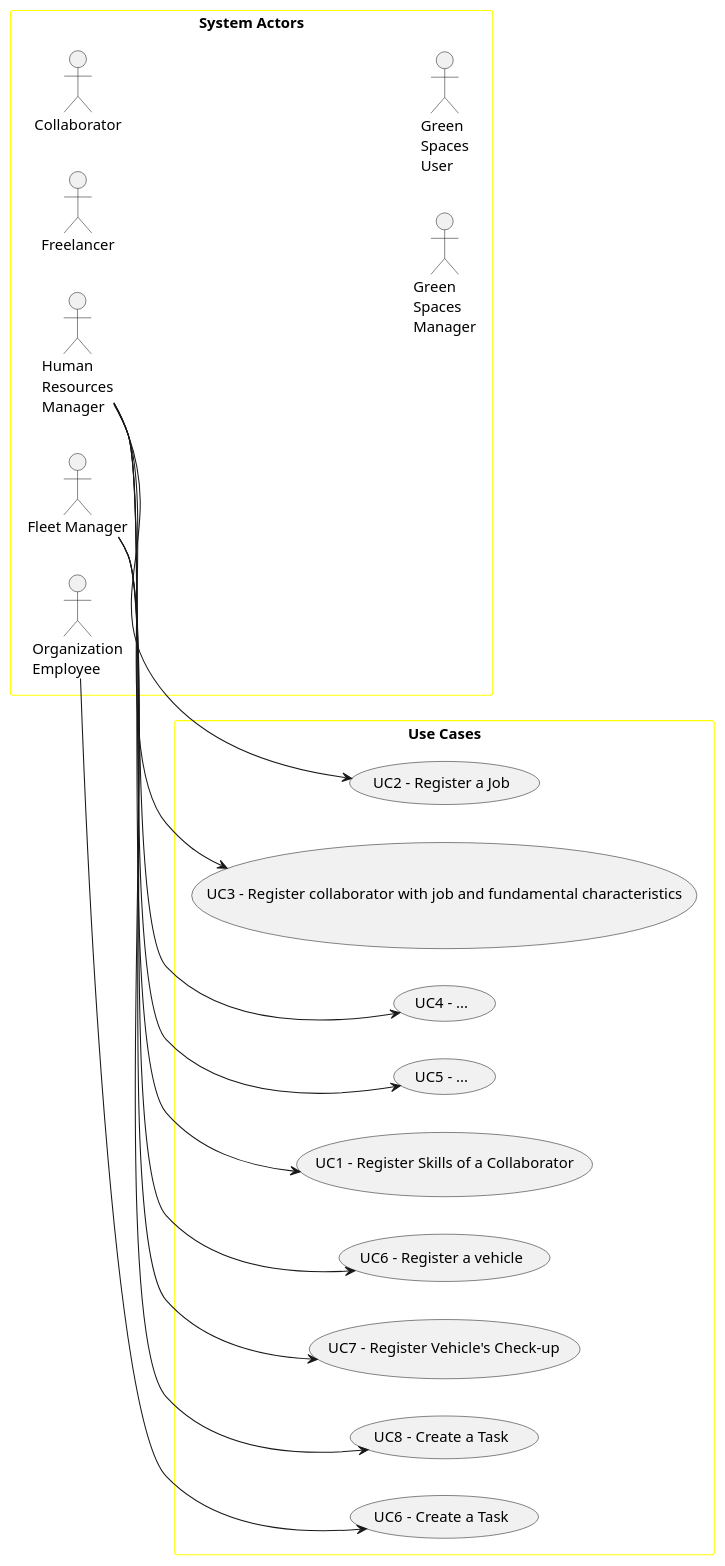
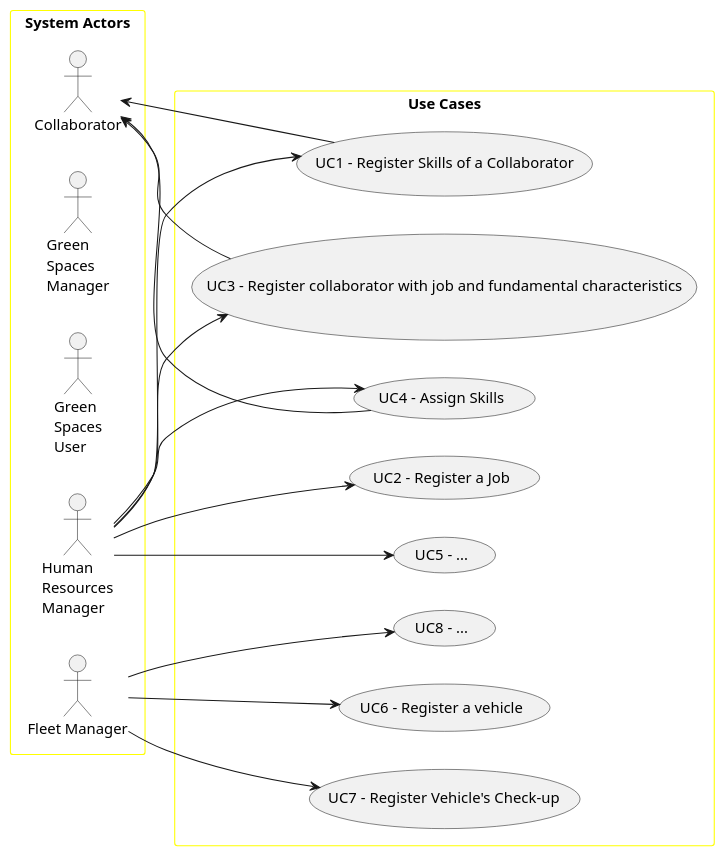
The diagram in docs/sprintA/global-artifacts/01.requirements-engineering/puml/use-case-diagram.puml (daniel41silva05/ISEP_2023_2024_LAPR2), drawn with PlantUML before and after one commit. The commit also changed 1 other file, not shown here.

Commit message:
Update UCD diagram

```diff
--- a/docs/sprintA/global-artifacts/01.requirements-engineering/puml/use-case-diagram.puml
+++ b/docs/sprintA/global-artifacts/01.requirements-engineering/puml/use-case-diagram.puml
@@ -1,45 +1,44 @@
 @startuml
 'skinparam monochrome true
 skinparam packageStyle rectangle
 'skinparam shadowing false
 
 skinparam rectangle{
     BorderColor yellow
 }
 
 'title Use Case Diagram Example
 
 left to right direction
 
 rectangle "System Actors" as actors {
-    actor Freelancer
     actor Collaborator
     actor "Green\nSpaces\nManager" as GSM
     actor "Green\nSpaces\nUser" as GSU
     actor "Human\nResources\nManager" as HRM
     actor "Fleet Manager" as FM
-    actor "Organization\nEmployee" as Employee
 }
 
 rectangle "Use Cases" as usecases{
-    usecase "UC6 - Create a Task" as UC66
-    Employee --> UC66
     usecase "UC1 - Register Skills of a Collaborator" as UC1
     HRM --> UC1
+    UC1 --> Collaborator
     usecase "UC2 - Register a Job" as UC2
     HRM --> UC2
     usecase "UC3 - Register collaborator with job and fundamental characteristics" as UC3
     HRM --> UC3
-    usecase "UC4 - ..." as UC4
+    UC3 --> Collaborator
+    usecase "UC4 - Assign Skills" as UC4
     HRM --> UC4
+    UC4 --> Collaborator
     usecase "UC5 - ..." as UC5
     HRM --> UC5
     usecase "UC6 - Register a vehicle" as UC6
     FM --> UC6
     usecase "UC7 - Register Vehicle's Check-up" as UC7
     FM --> UC7
-    usecase "UC8 - Create a Task" as UC8
+    usecase "UC8 - ..." as UC8
     FM --> UC8
 }
 
 @enduml
```
